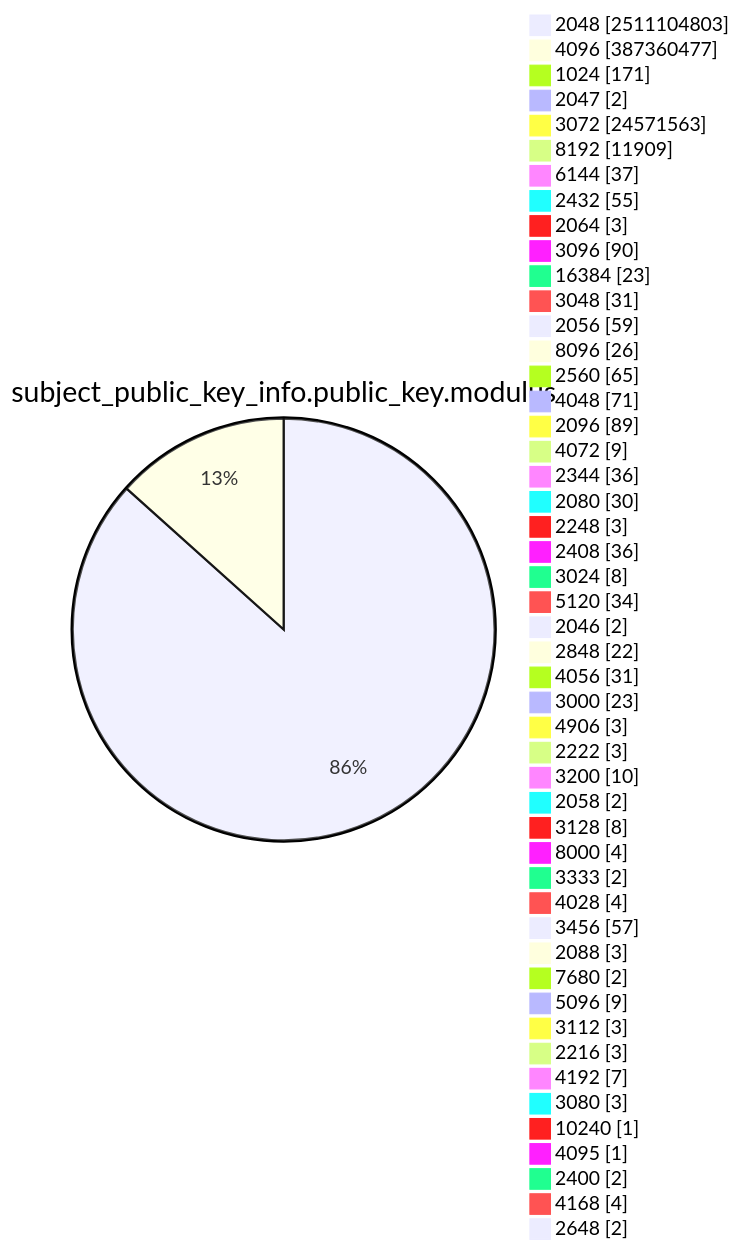
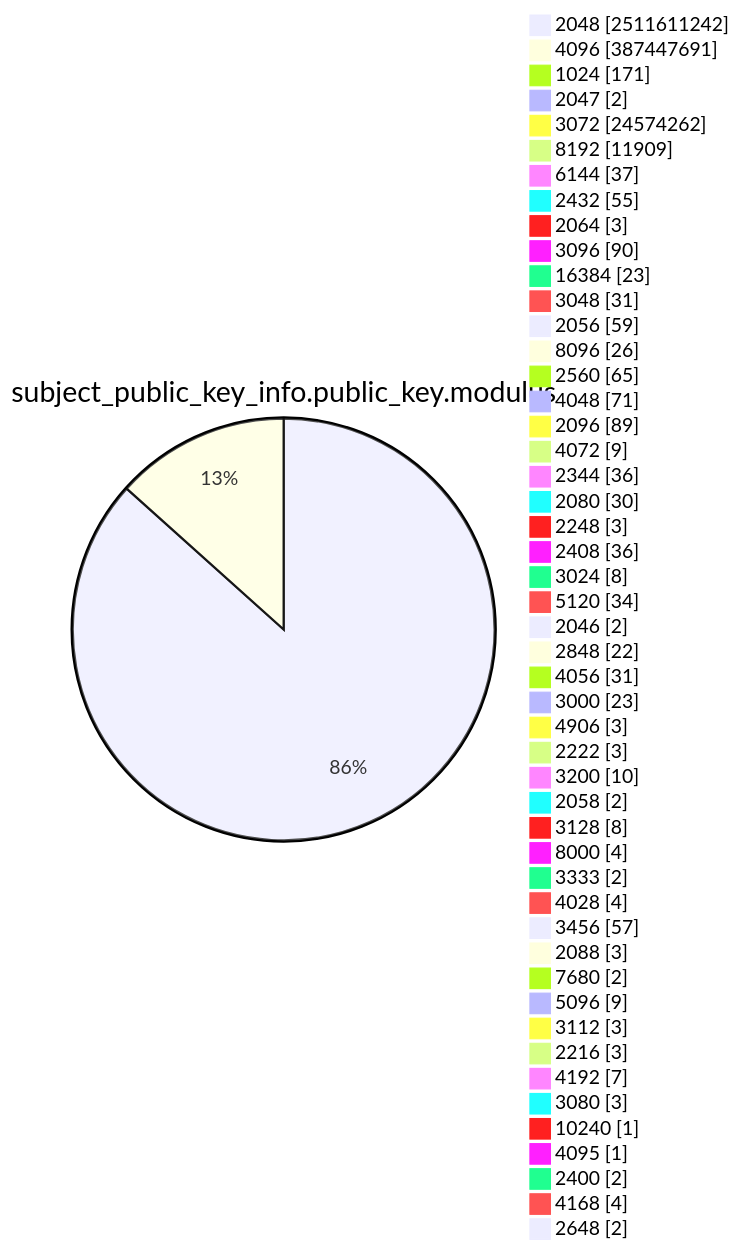
Before and after one commit to christiankrug/ctmonitor_visualization: diagram 13 of 15 in TOTAL/README.md, drawn with Mermaid. The commit also changed other lines of this file, not shown here.

````diff
--- a/TOTAL/README.md
+++ b/TOTAL/README.md
@@ -4169,53 +4169,53 @@
 ```mermaid
 pie showData
 title subject_public_key_info.public_key.modulus
-"2048" :2511104803
-"4096" :387360477
+"2048" :2511611242
+"4096" :387447691
 "1024" :171
 "2047" :2
-"3072" :24571563
+"3072" :24574262
 "8192" :11909
 "6144" :37
 "2432" :55
 "2064" :3
 "3096" :90
 "16384" :23
 "3048" :31
 "2056" :59
 "8096" :26
 "2560" :65
 "4048" :71
 "2096" :89
 "4072" :9
 "2344" :36
 "2080" :30
 "2248" :3
 "2408" :36
 "3024" :8
 "5120" :34
 "2046" :2
 "2848" :22
 "4056" :31
 "3000" :23
 "4906" :3
 "2222" :3
 "3200" :10
 "2058" :2
 "3128" :8
 "8000" :4
 "3333" :2
 "4028" :4
 "3456" :57
 "2088" :3
 "7680" :2
 "5096" :9
 "3112" :3
 "2216" :3
 "4192" :7
 "3080" :3
 "10240" :1
 "4095" :1
 "2400" :2
 "4168" :4
 "2648" :2
 ```
````
